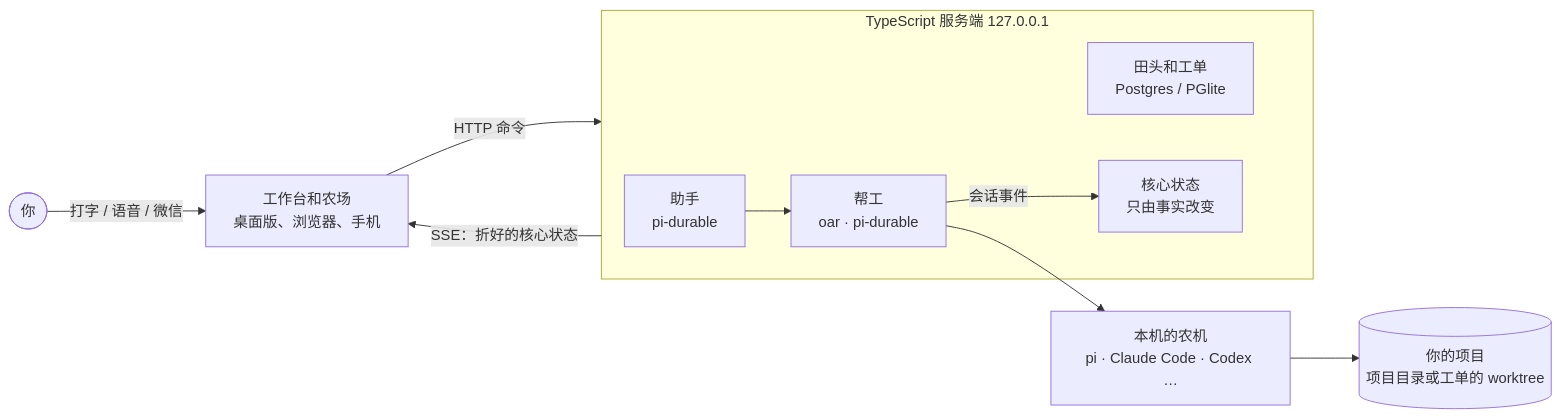
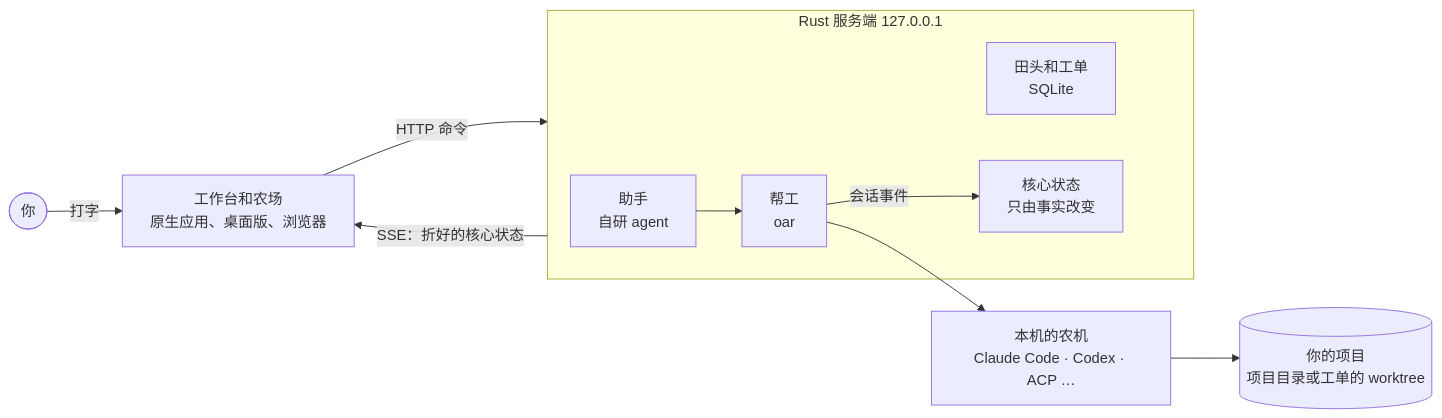
One commit to vibevalleyhq/vibevalley changed the diagram in README.md. Above: the diagram before and after it, drawn with Mermaid. The commit also changed other lines of this file and 41 other files, not shown here.

Commit message:
Docs, AGENTS.md and READMEs describe the Rust server, CLI and crates instead of apps/server

````diff
--- a/README.md
+++ b/README.md
@@ -28,16 +28,16 @@
 ```mermaid
 flowchart LR
-  you([你]) -- 打字 / 语音 / 微信 --> app[工作台和农场<br/>桌面版、浏览器、手机]
+  you([你]) -- 打字 --> app[工作台和农场<br/>原生应用、桌面版、浏览器]
   app -- HTTP 命令 --> server
   server -- SSE：折好的核心状态 --> app
-  subgraph server[TypeScript 服务端 127.0.0.1]
-    manager[助手<br/>pi-durable]
-    chat[田头和工单<br/>Postgres / PGlite]
+  subgraph server[Rust 服务端 127.0.0.1]
+    manager[助手<br/>自研 agent]
+    chat[田头和工单<br/>SQLite]
     site[核心状态<br/>只由事实改变]
-    sessions[帮工<br/>oar · pi-durable]
+    sessions[帮工<br/>oar]
   end
   manager --> sessions
   sessions -- 会话事件 --> site
-  sessions --> rt[本机的农机<br/>pi · Claude Code · Codex …]
+  sessions --> rt[本机的农机<br/>Claude Code · Codex · ACP …]
   rt --> repo[(你的项目<br/>项目目录或工单的 worktree)]
 ```
````
